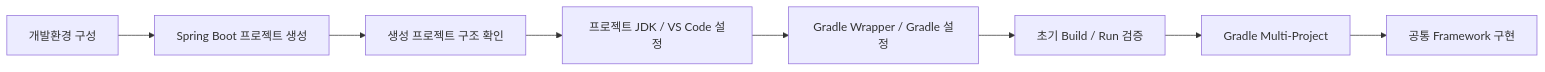
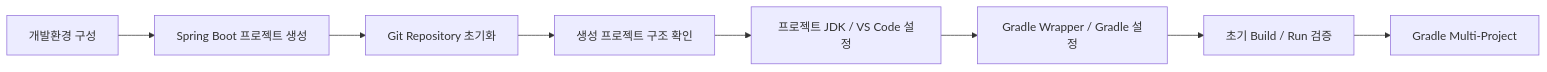
One commit to Team-Microserver/microserver-docs changed the first of 2 diagrams in docs/01_project_start/03_project_creation/spring_boot_project_create.md. Above: the diagram before and after it, drawn with Mermaid. The commit also changed other lines of this file and 2 other files, not shown here.

Commit message:
프로젝트 생성 추가

````diff
--- a/docs/01_project_start/03_project_creation/spring_boot_project_create.md
+++ b/docs/01_project_start/03_project_creation/spring_boot_project_create.md
@@ -66,11 +51,11 @@
 ```mermaid
 flowchart LR
     A["개발환경 구성"]
     --> B["Spring Boot 프로젝트 생성"]
-    --> C["생성 프로젝트 구조 확인"]
-    --> D["프로젝트 JDK / VS Code 설정"]
-    --> E["Gradle Wrapper / Gradle 설정"]
-    --> F["초기 Build / Run 검증"]
-    --> G["Gradle Multi-Project"]
-    --> H["공통 Framework 구현"]
+    --> C["Git Repository 초기화"]
+    --> D["생성 프로젝트 구조 확인"]
+    --> E["프로젝트 JDK / VS Code 설정"]
+    --> F["Gradle Wrapper / Gradle 설정"]
+    --> G["초기 Build / Run 검증"]
+    --> H["Gradle Multi-Project"]
 ```
````
